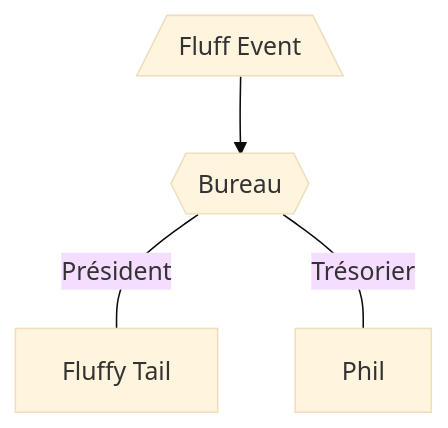
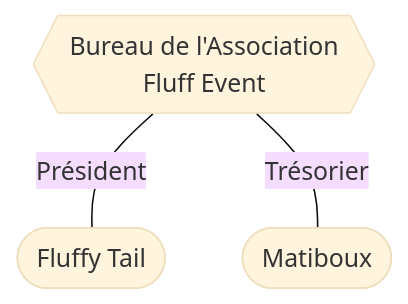
One commit to matiboux/FluffEvent-association-documents changed the diagram in Bureau.md. Above: the diagram before and after it, drawn with Mermaid (base theme). The commit also changed other lines of this file, not shown here.

Commit message:
Update bureau members

````diff
--- a/Bureau.md
+++ b/Bureau.md
@@ -9,8 +9,8 @@
 ```mermaid
 graph TB
-  FE[/Fluff Event\]
-  FE --> Bureau{{Bureau}}
 
-  Bureau -- Président --- Fluffy[Fluffy Tail]
-  Bureau -- Trésorier --- Phil[Phil]
+Bureau{{"Bureau de l'Association<br>Fluff Event"}}
+
+Bureau ---|"Président"| Fluffy([Fluffy Tail])
+Bureau ---|"Trésorier"| Matiboux([Matiboux])
 ```
````
